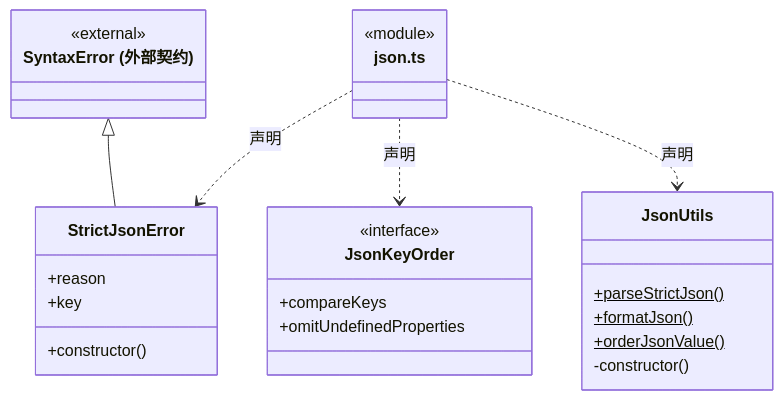
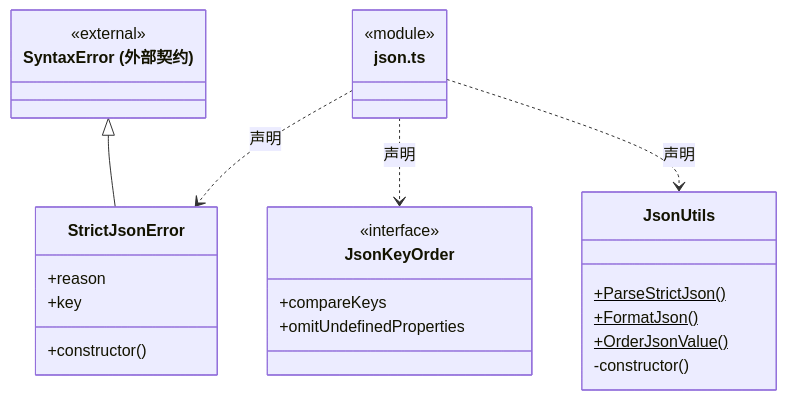
Before and after one commit to nan023062/cbim: the fifth of 8 diagrams in src/core/utility/ARCHITECTURE.md, drawn with Mermaid. The commit also changed other lines of this file and 1035 other files, not shown here.

````diff
--- a/src/core/utility/ARCHITECTURE.md
+++ b/src/core/utility/ARCHITECTURE.md
@@ -113,29 +113,29 @@
 ```mermaid
 classDiagram
 class N_src_core_utility_json_ts["json.ts"] {
   <<module>>
 }
 class N_src_core_utility_json_ts_StrictJsonError["StrictJsonError"] {
   +reason
   +key
   +constructor()
 }
 N_src_core_utility_json_ts ..> N_src_core_utility_json_ts_StrictJsonError : 声明
 class N_src_core_utility_json_ts_external_SyntaxError["SyntaxError (外部契约)"] {
   <<external>>
 }
 N_src_core_utility_json_ts_external_SyntaxError <|-- N_src_core_utility_json_ts_StrictJsonError
 class N_src_core_utility_json_ts_JsonKeyOrder["JsonKeyOrder"] {
   <<interface>>
   +compareKeys
   +omitUndefinedProperties
 }
 N_src_core_utility_json_ts ..> N_src_core_utility_json_ts_JsonKeyOrder : 声明
 class N_src_core_utility_json_ts_JsonUtils["JsonUtils"] {
-  +parseStrictJson()$
-  +formatJson()$
-  +orderJsonValue()$
+  +ParseStrictJson()$
+  +FormatJson()$
+  +OrderJsonValue()$
   -constructor()
 }
 N_src_core_utility_json_ts ..> N_src_core_utility_json_ts_JsonUtils : 声明
 ```
````
